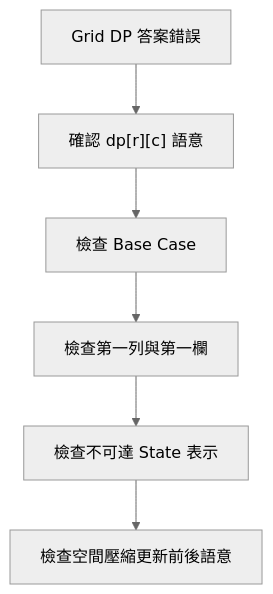
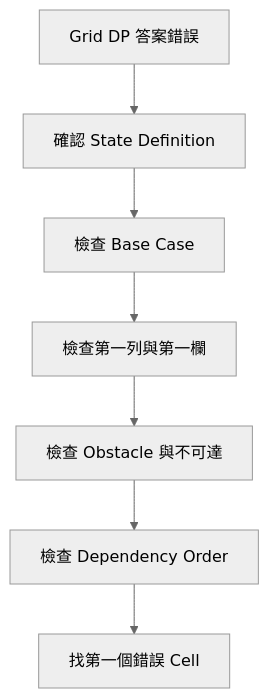
Before and after one commit to davidchen0970/algorithm_note: the fourth of 4 diagrams in 09_dynamic_programming/39_grid_dp.md, drawn with Mermaid (neutral theme). The commit also changed other lines of this file and 2 other files, not shown here.

````diff
--- a/09_dynamic_programming/39_grid_dp.md
+++ b/09_dynamic_programming/39_grid_dp.md
@@ -730,8 +803,9 @@
 ```mermaid
 flowchart TD
-    A["Grid DP 答案錯誤"] --> B["確認 dp[r][c] 語意"]
+    A["Grid DP 答案錯誤"] --> B["確認 State Definition"]
     B --> C["檢查 Base Case"]
     C --> D["檢查第一列與第一欄"]
-    D --> E["檢查不可達 State 表示"]
-    E --> F["檢查空間壓縮更新前後語意"]
+    D --> E["檢查 Obstacle 與不可達"]
+    E --> F["檢查 Dependency Order"]
+    F --> G["找第一個錯誤 Cell"]
 ```
````
